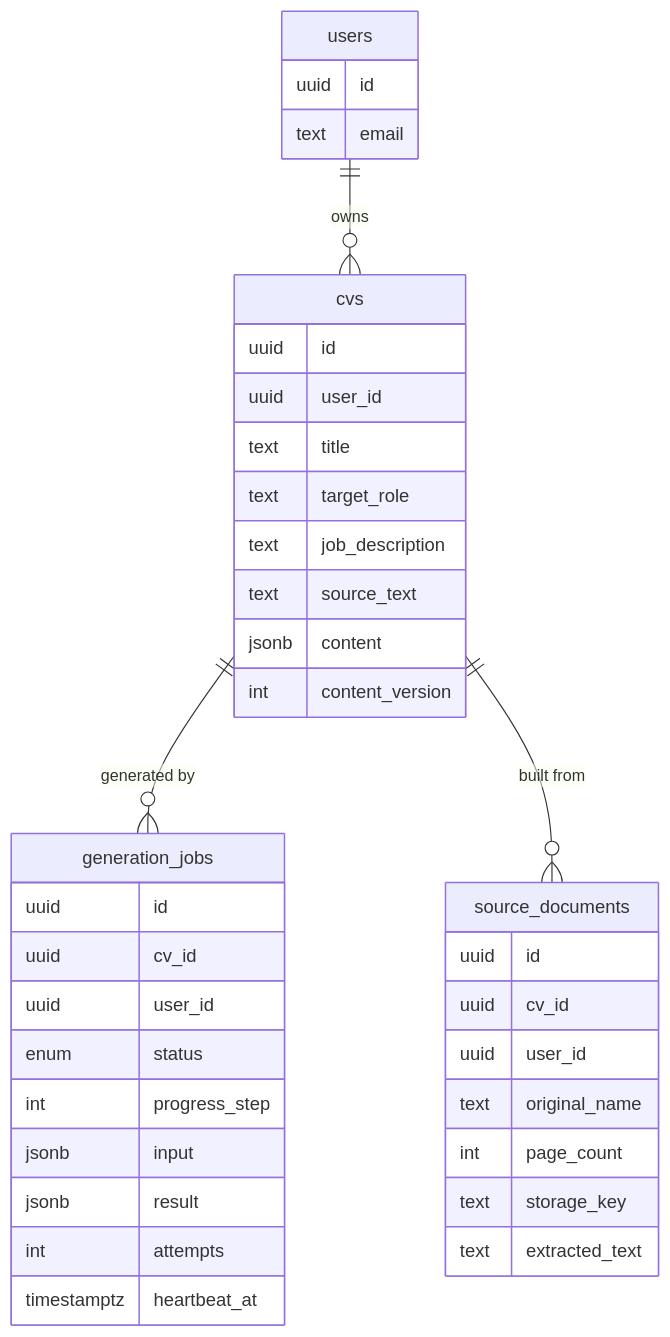
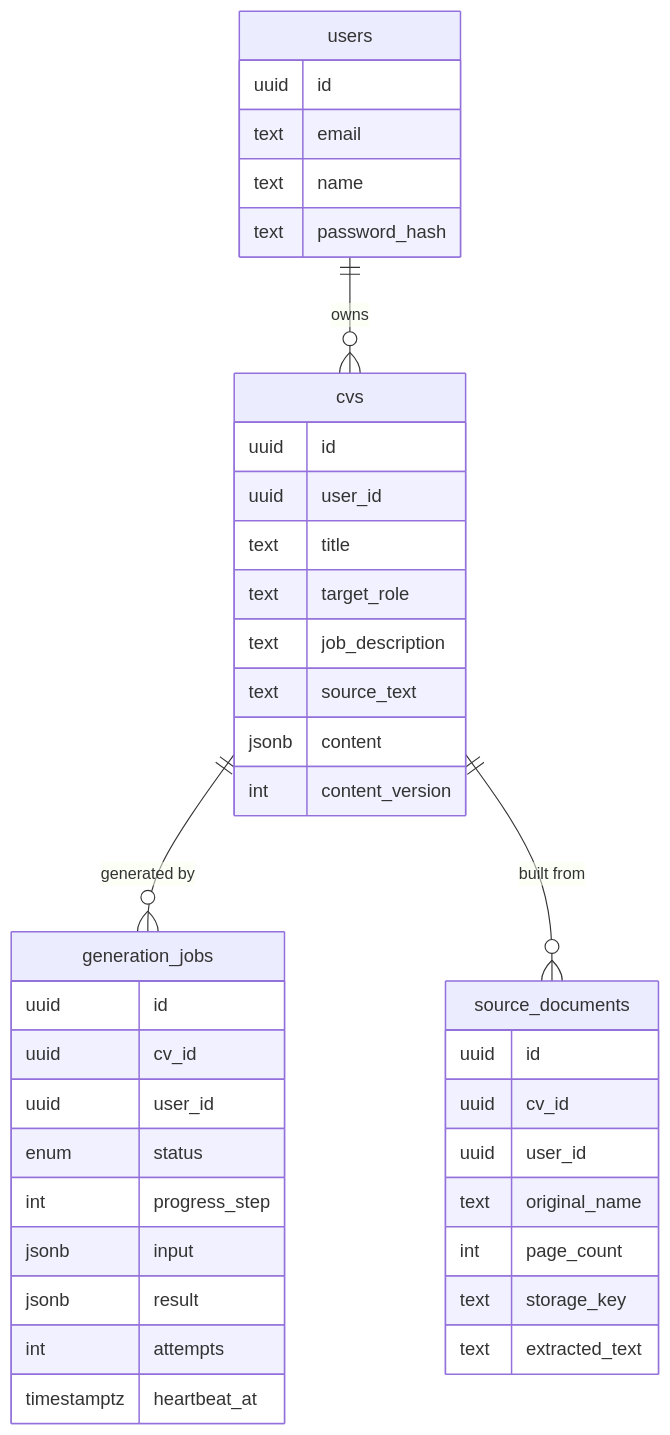
The second of 3 diagrams in README.md (maxduma/ai_cv_builder), drawn with Mermaid before and after one commit. The commit also changed other lines of this file and 57 other files, not shown here.

First line of the commit message:
Add email and password authentication with JWT cookie sessions

````diff
--- a/README.md
+++ b/README.md
@@ -165,10 +176,10 @@
 ```mermaid
 erDiagram
   users ||--o{ cvs : owns
   cvs ||--o{ generation_jobs : "generated by"
   cvs ||--o{ source_documents : "built from"
-  users { uuid id  text email }
+  users { uuid id  text email  text name  text password_hash }
   cvs { uuid id  uuid user_id  text title  text target_role  text job_description  text source_text  jsonb content  int content_version }
   generation_jobs { uuid id  uuid cv_id  uuid user_id  enum status  int progress_step  jsonb input  jsonb result  int attempts  timestamptz heartbeat_at }
   source_documents { uuid id  uuid cv_id  uuid user_id  text original_name  int page_count  text storage_key  text extracted_text }
 ```
````
